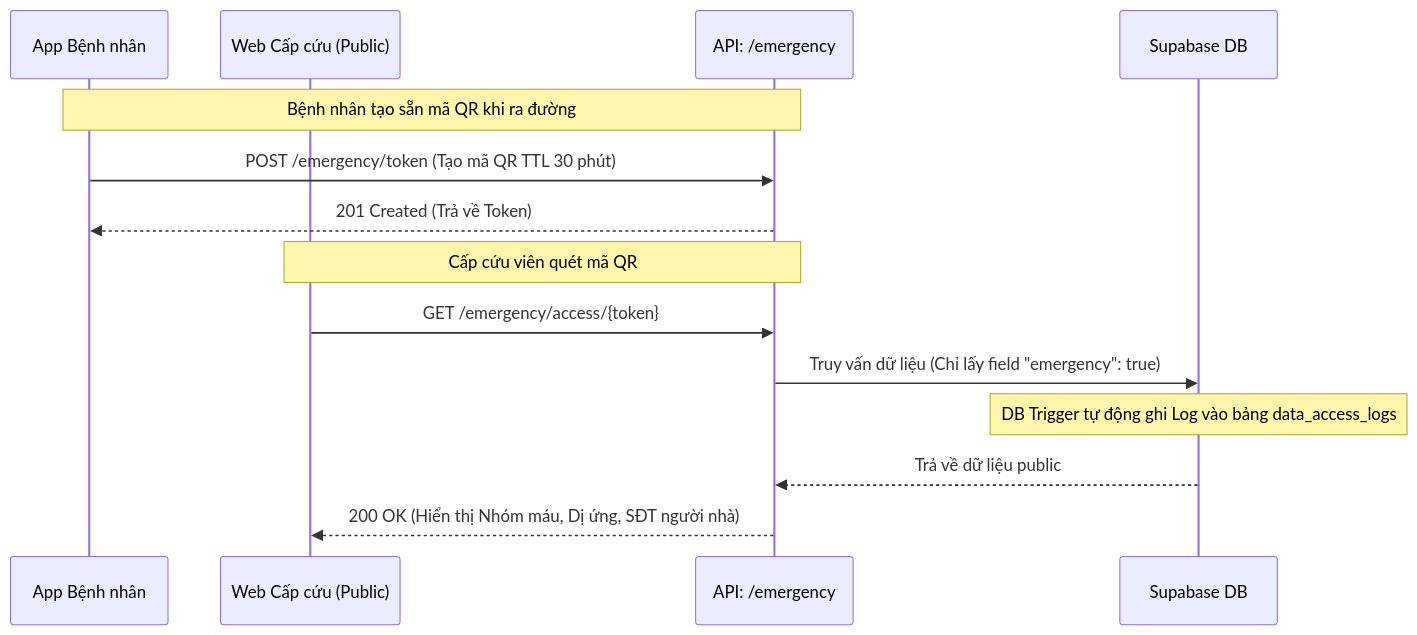
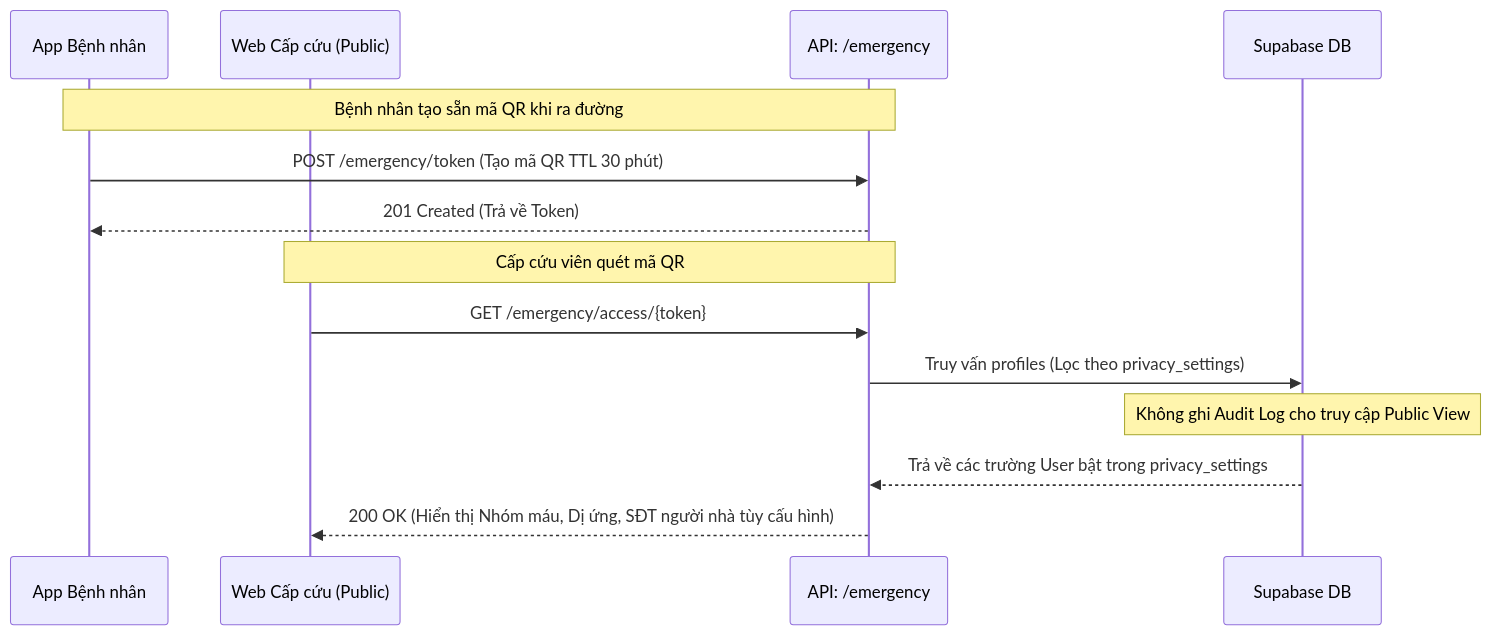
Before and after one commit to ImSoul0511/Medical_Diary: the fourth of 5 diagrams in backend/docs/API_FLOW.md, drawn with Mermaid. The commit also changed other lines of this file and 5 other files, not shown here.

Commit message:
docs: update docs, and fix discrepancy of SSOT, API, API_FLOW, and DB_SCHEMAS

````diff
--- a/backend/docs/API_FLOW.md
+++ b/backend/docs/API_FLOW.md
@@ -104,20 +108,20 @@
 ```mermaid
 sequenceDiagram
     participant PatFE as App Bệnh nhân
     participant EmgFE as Web Cấp cứu (Public)
     participant EmgAPI as API: /emergency
     participant DB as Supabase DB
 
     Note over PatFE,EmgAPI: Bệnh nhân tạo sẵn mã QR khi ra đường
     PatFE->>EmgAPI: POST /emergency/token (Tạo mã QR TTL 30 phút)
     EmgAPI-->>PatFE: 201 Created (Trả về Token)
     
     Note over EmgFE,EmgAPI: Cấp cứu viên quét mã QR
     EmgFE->>EmgAPI: GET /emergency/access/{token}
     
-    EmgAPI->>DB: Truy vấn dữ liệu (Chỉ lấy field "emergency": true)
-    Note over DB: DB Trigger tự động ghi Log vào bảng data_access_logs
+    EmgAPI->>DB: Truy vấn profiles (Lọc theo privacy_settings)
+    Note over DB: Không ghi Audit Log cho truy cập Public View
     
-    DB-->>EmgAPI: Trả về dữ liệu public
-    EmgAPI-->>EmgFE: 200 OK (Hiển thị Nhóm máu, Dị ứng, SĐT người nhà)
+    DB-->>EmgAPI: Trả về các trường User bật trong privacy_settings
+    EmgAPI-->>EmgFE: 200 OK (Hiển thị Nhóm máu, Dị ứng, SĐT người nhà tùy cấu hình)
 ```
````
